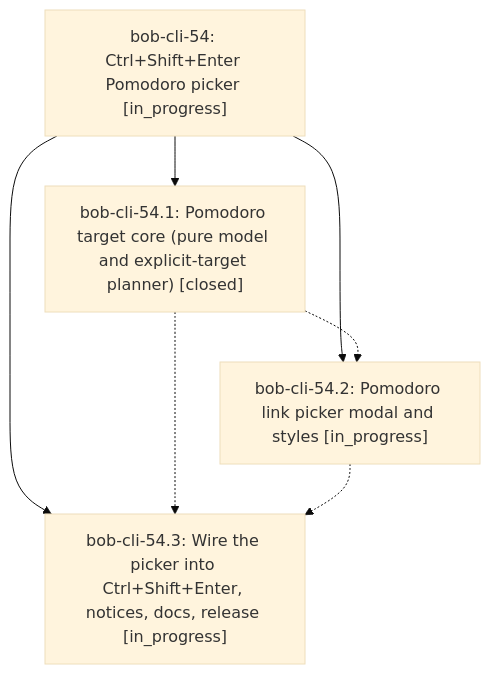
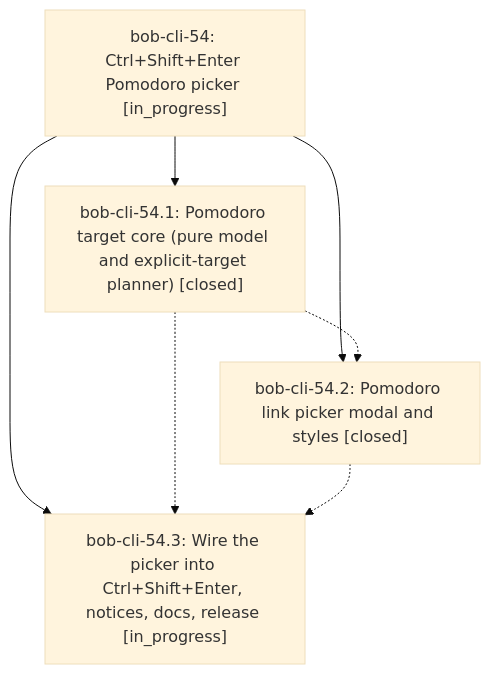
One commit to bobs-org/bob-cli--beads changed the diagram in pages/bob-cli-54/README.md. Above: the diagram before and after it, drawn with Mermaid (base theme). The commit also changed other lines of this file and 3 other files, not shown here.

First line of the commit message:
chore(beads): sync bead state and pages for bob-cli-54

````diff
--- a/pages/bob-cli-54/README.md
+++ b/pages/bob-cli-54/README.md
@@ -24,13 +24,13 @@
 ```mermaid
 flowchart TD
     n0["bob-cli-54: Ctrl+Shift+Enter Pomodoro picker [in_progress]"]
     n1["bob-cli-54.1: Pomodoro target core (pure model and explicit-target planner) [closed]"]
-    n2["bob-cli-54.2: Pomodoro link picker modal and styles [in_progress]"]
+    n2["bob-cli-54.2: Pomodoro link picker modal and styles [closed]"]
     n3["bob-cli-54.3: Wire the picker into Ctrl+Shift+Enter, notices, docs, release [in_progress]"]
     n0 --> n1
     n0 --> n2
     n0 --> n3
     n1 -.-> n2
     n1 -.-> n3
     n2 -.-> n3
 ```
````
